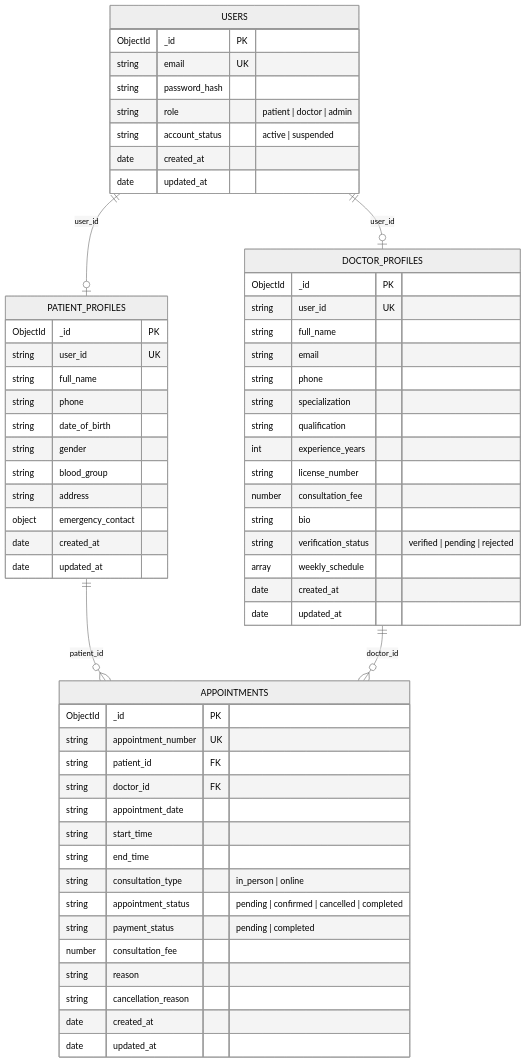
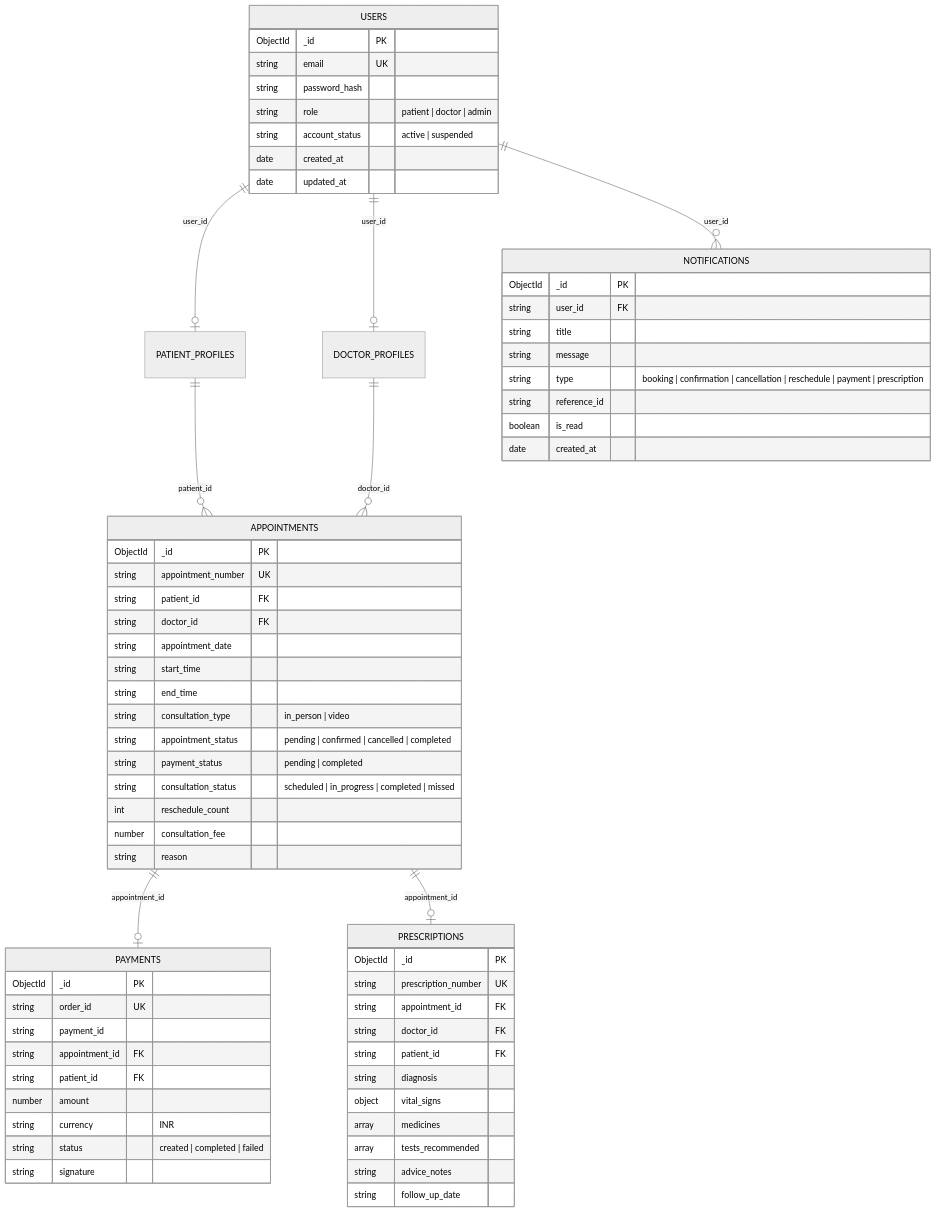
Before and after one commit to ArshlanSheikh/Hospital-Management: the diagram in docs/DATABASE_SCHEMA.md, drawn with Mermaid (neutral theme). The commit also changed other lines of this file and 48 other files, not shown here.

Commit message:
feat(v2): complete online consultation, Razorpay payments, digital prescriptions, notifications and rescheduling

````diff
--- a/docs/DATABASE_SCHEMA.md
+++ b/docs/DATABASE_SCHEMA.md
@@ -11,67 +11,74 @@
 ```mermaid
 erDiagram
     USERS ||--o| PATIENT_PROFILES : "user_id"
     USERS ||--o| DOCTOR_PROFILES : "user_id"
     PATIENT_PROFILES ||--o{ APPOINTMENTS : "patient_id"
     DOCTOR_PROFILES ||--o{ APPOINTMENTS : "doctor_id"
+    APPOINTMENTS ||--o| PAYMENTS : "appointment_id"
+    APPOINTMENTS ||--o| PRESCRIPTIONS : "appointment_id"
+    USERS ||--o{ NOTIFICATIONS : "user_id"
 
     USERS {
         ObjectId _id PK
         string email UK
         string password_hash
         string role "patient | doctor | admin"
         string account_status "active | suspended"
-        date created_at
-        date updated_at
-    }
-
-    PATIENT_PROFILES {
-        ObjectId _id PK
-        string user_id UK
-        string full_name
-        string phone
-        string date_of_birth
-        string gender
-        string blood_group
-        string address
-        object emergency_contact
-        date created_at
-        date updated_at
-    }
-
-    DOCTOR_PROFILES {
-        ObjectId _id PK
-        string user_id UK
-        string full_name
-        string email
-        string phone
-        string specialization
-        string qualification
-        int experience_years
-        string license_number
-        number consultation_fee
-        string bio
-        string verification_status "verified | pending | rejected"
-        array weekly_schedule
         date created_at
         date updated_at
     }
 
     APPOINTMENTS {
         ObjectId _id PK
         string appointment_number UK
         string patient_id FK
         string doctor_id FK
         string appointment_date
         string start_time
         string end_time
-        string consultation_type "in_person | online"
+        string consultation_type "in_person | video"
         string appointment_status "pending | confirmed | cancelled | completed"
         string payment_status "pending | completed"
+        string consultation_status "scheduled | in_progress | completed | missed"
+        int reschedule_count
         number consultation_fee
         string reason
-        string cancellation_reason
+    }
+
+    PAYMENTS {
+        ObjectId _id PK
+        string order_id UK
+        string payment_id
+        string appointment_id FK
+        string patient_id FK
+        number amount
+        string currency "INR"
+        string status "created | completed | failed"
+        string signature
+    }
+
+    PRESCRIPTIONS {
+        ObjectId _id PK
+        string prescription_number UK
+        string appointment_id FK
+        string doctor_id FK
+        string patient_id FK
+        string diagnosis
+        object vital_signs
+        array medicines
+        array tests_recommended
+        string advice_notes
+        string follow_up_date
+    }
+
+    NOTIFICATIONS {
+        ObjectId _id PK
+        string user_id FK
+        string title
+        string message
+        string type "booking | confirmation | cancellation | reschedule | payment | prescription"
+        string reference_id
+        boolean is_read
         date created_at
-        date updated_at
     }
 ```
````
